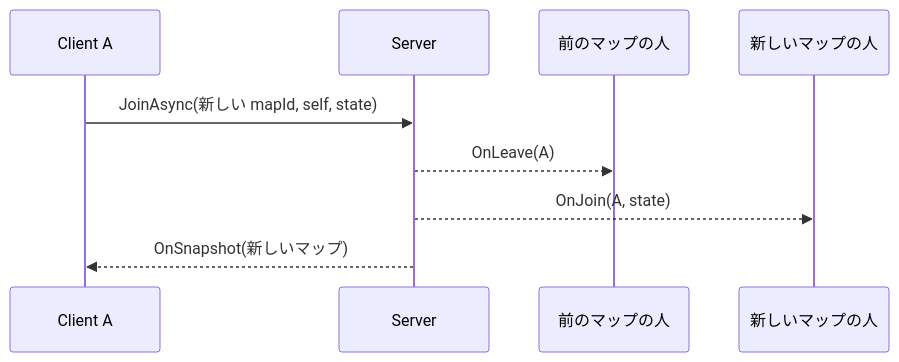
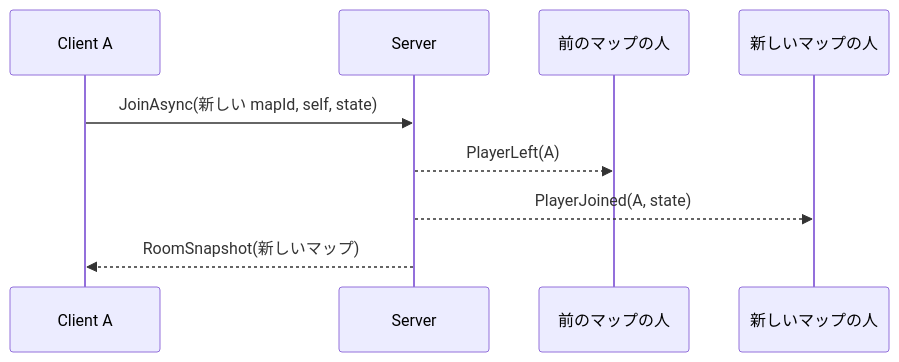
One commit to OskaKim/Terrace changed the third of 3 diagrams in docs/contracts/protocol.md. Above: the diagram before and after it, drawn with Mermaid. The commit also changed other lines of this file and 41 other files, not shown here.

````diff
--- a/docs/contracts/protocol.md
+++ b/docs/contracts/protocol.md
@@ -121,11 +135,11 @@
 ```mermaid
 sequenceDiagram
   participant A as Client A
   participant S as Server
   participant Old as 前のマップの人
   participant New as 新しいマップの人
   A->>S: JoinAsync(新しい mapId, self, state)
-  S-->>Old: OnLeave(A)
-  S-->>New: OnJoin(A, state)
-  S-->>A: OnSnapshot(新しいマップ)
+  S-->>Old: PlayerLeft(A)
+  S-->>New: PlayerJoined(A, state)
+  S-->>A: RoomSnapshot(新しいマップ)
 ```
````
